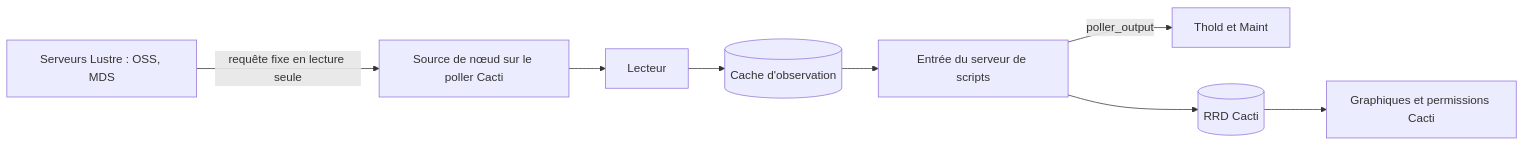
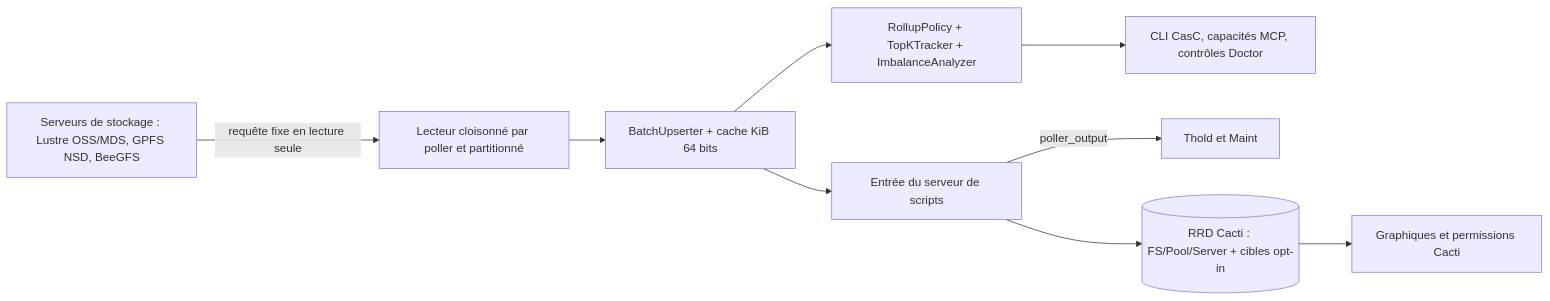
The diagram in docs/i18n/fr-SN/README.md (somethingwithproof/plugin_pfs), drawn with Mermaid before and after one commit. The commit also changed other lines of this file and 47 other files, not shown here.

````diff
--- a/docs/i18n/fr-SN/README.md
+++ b/docs/i18n/fr-SN/README.md
@@ -64,10 +72,11 @@
 ```mermaid
 flowchart LR
-    N[Serveurs Lustre : OSS, MDS] -->|requête fixe en lecture seule| S[Source de nœud sur le poller Cacti]
-    S --> R[Lecteur]
-    R --> C[(Cache d'observation)]
-    C --> SS[Entrée du serveur de scripts]
+    N[Serveurs de stockage : Lustre OSS/MDS, GPFS NSD, BeeGFS] -->|requête fixe en lecture seule| S[Lecteur cloisonné par poller et partitionné]
+    S --> B[BatchUpserter + cache KiB 64 bits]
+    B --> R[RollupPolicy + TopKTracker + ImbalanceAnalyzer]
+    B --> SS[Entrée du serveur de scripts]
+    R --> ECO[CLI CasC, capacités MCP, contrôles Doctor]
     SS -->|poller_output| T[Thold et Maint]
-    SS --> RRD[(RRD Cacti)]
+    SS --> RRD[(RRD Cacti : FS/Pool/Server + cibles opt-in)]
     RRD --> G[Graphiques et permissions Cacti]
 ```
````
